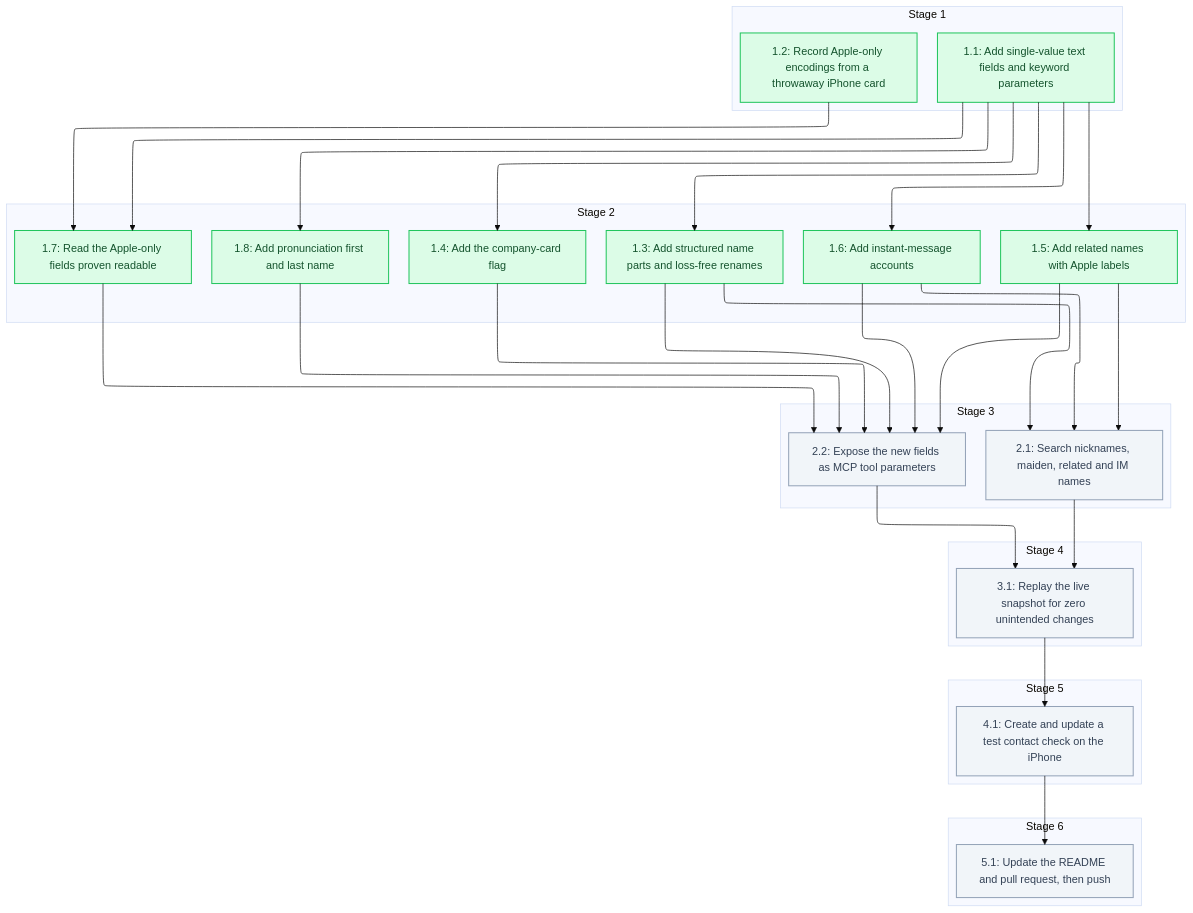
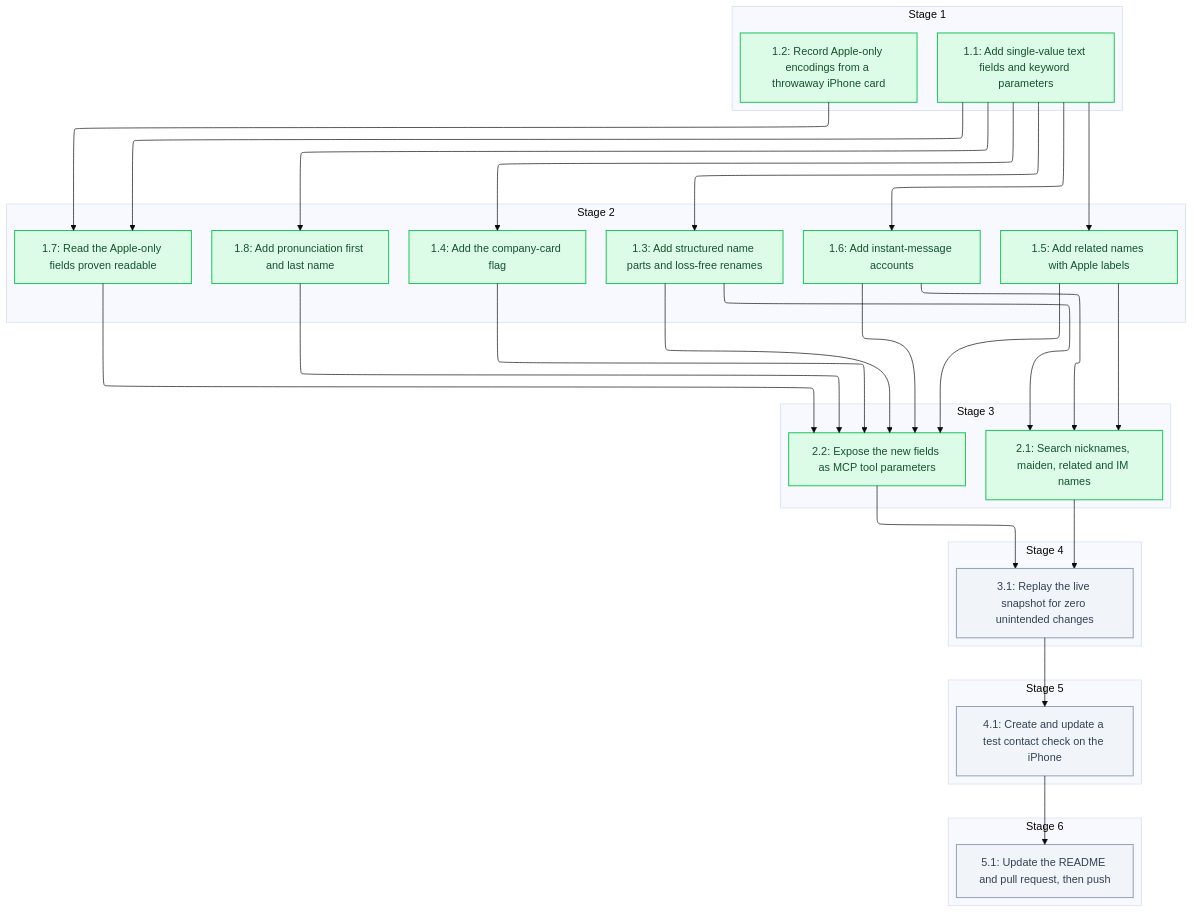
One commit to sohampatwardhan/icloud-mcp changed the diagram in .specs/contact-fields-completion/04_tasks.md. Above: the diagram before and after it, drawn with Mermaid (base theme). The commit also changed other lines of this file and 3 other files, not shown here.

````diff
--- a/.specs/contact-fields-completion/04_tasks.md
+++ b/.specs/contact-fields-completion/04_tasks.md
@@ -9,64 +9,64 @@
 ```mermaid
 %%{init: {'flowchart': {'defaultRenderer': 'elk'}}}%%
 flowchart TD
   classDef done fill:#dcfce7,stroke:#22c55e,stroke-width:1.5px,color:#14532d
   classDef pending fill:#f1f5f9,stroke:#94a3b8,stroke-width:1.5px,color:#334155
   subgraph n_stage_1["Stage 1"]
     n_1_1@{ shape: rect, label: "1.1: Add single-value text fields and keyword parameters" }
     n_1_2@{ shape: rect, label: "1.2: Record Apple-only encodings from a throwaway iPhone card" }
   end
   subgraph n_stage_2["Stage 2"]
     n_1_3@{ shape: rect, label: "1.3: Add structured name parts and loss-free renames" }
     n_1_4@{ shape: rect, label: "1.4: Add the company-card flag" }
     n_1_5@{ shape: rect, label: "1.5: Add related names with Apple labels" }
     n_1_6@{ shape: rect, label: "1.6: Add instant-message accounts" }
     n_1_7@{ shape: rect, label: "1.7: Read the Apple-only fields proven readable" }
     n_1_8@{ shape: rect, label: "1.8: Add pronunciation first and last name" }
   end
   subgraph n_stage_3["Stage 3"]
     n_2_1@{ shape: rect, label: "2.1: Search nicknames, maiden, related and IM names" }
     n_2_2@{ shape: rect, label: "2.2: Expose the new fields as MCP tool parameters" }
   end
   subgraph n_stage_4["Stage 4"]
     n_3_1@{ shape: rect, label: "3.1: Replay the live snapshot for zero unintended changes" }
   end
   subgraph n_stage_5["Stage 5"]
     n_4_1@{ shape: rect, label: "4.1: Create and update a test contact check on the iPhone" }
   end
   subgraph n_stage_6["Stage 6"]
     n_5_1@{ shape: rect, label: "5.1: Update the README and pull request, then push" }
   end
   n_1_1 --> n_1_3
   n_1_1 --> n_1_4
   n_1_1 --> n_1_5
   n_1_1 --> n_1_6
   n_1_1 --> n_1_7
   n_1_2 --> n_1_7
   n_1_1 --> n_1_8
   n_1_3 --> n_2_1
   n_1_5 --> n_2_1
   n_1_6 --> n_2_1
   n_1_3 --> n_2_2
   n_1_4 --> n_2_2
   n_1_5 --> n_2_2
   n_1_6 --> n_2_2
   n_1_7 --> n_2_2
   n_1_8 --> n_2_2
   n_2_1 --> n_3_1
   n_2_2 --> n_3_1
   n_3_1 --> n_4_1
   n_4_1 --> n_5_1
   class n_1_1 done
   class n_1_2 done
   class n_1_3 done
   class n_1_4 done
   class n_1_5 done
   class n_1_6 done
   class n_1_7 done
   class n_1_8 done
-  class n_2_1 pending
-  class n_2_2 pending
+  class n_2_1 done
+  class n_2_2 done
   class n_3_1 pending
   class n_4_1 pending
   class n_5_1 pending
 ```
````
